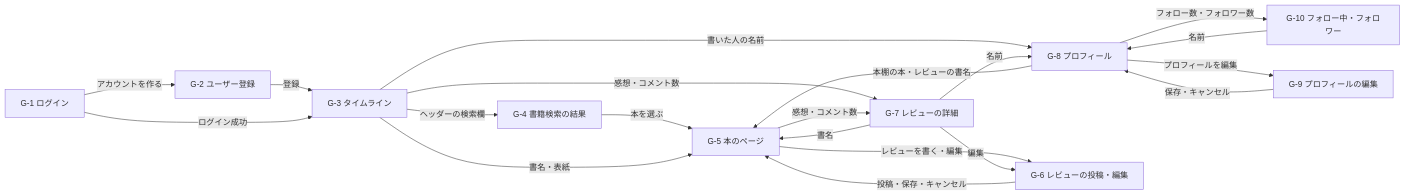
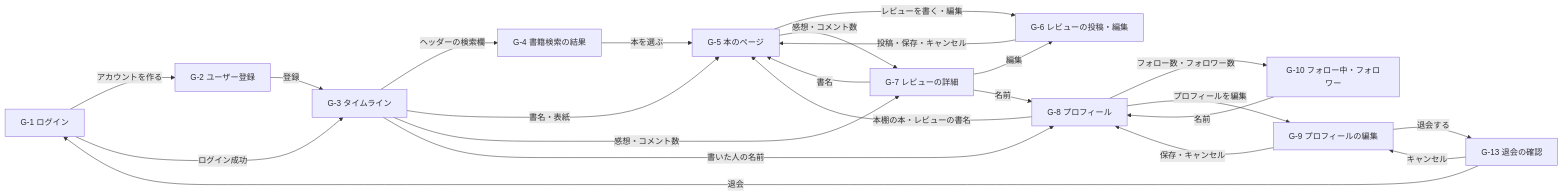
One commit to y0408e0301-star/booklog changed the diagram in docs/requirements/screens.md. Above: the diagram before and after it, drawn with Mermaid. The commit also changed other lines of this file and 2 other files, not shown here.

````diff
--- a/docs/requirements/screens.md
+++ b/docs/requirements/screens.md
@@ -46,22 +48,25 @@
 ```mermaid
 flowchart LR
     G1["G-1 ログイン"] -- アカウントを作る --> G2["G-2 ユーザー登録"]
     G2 -- 登録 --> G3
     G1 -- ログイン成功 --> G3["G-3 タイムライン"]
     G3 -- ヘッダーの検索欄 --> G4["G-4 書籍検索の結果"]
     G4 -- 本を選ぶ --> G5["G-5 本のページ"]
     G3 -- 書名・表紙 --> G5
     G3 -- 感想・コメント数 --> G7["G-7 レビューの詳細"]
     G3 -- 書いた人の名前 --> G8["G-8 プロフィール"]
     G5 -- レビューを書く・編集 --> G6["G-6 レビューの投稿・編集"]
     G6 -- 投稿・保存・キャンセル --> G5
     G5 -- 感想・コメント数 --> G7
     G7 -- 編集 --> G6
     G7 -- 書名 --> G5
     G7 -- 名前 --> G8
     G8 -- 本棚の本・レビューの書名 --> G5
     G8 -- フォロー数・フォロワー数 --> G10["G-10 フォロー中・フォロワー"]
     G10 -- 名前 --> G8
     G8 -- プロフィールを編集 --> G9["G-9 プロフィールの編集"]
     G9 -- 保存・キャンセル --> G8
+    G9 -- 退会する --> G13["G-13 退会の確認"]
+    G13 -- 退会 --> G1
+    G13 -- キャンセル --> G9
 ```
````
